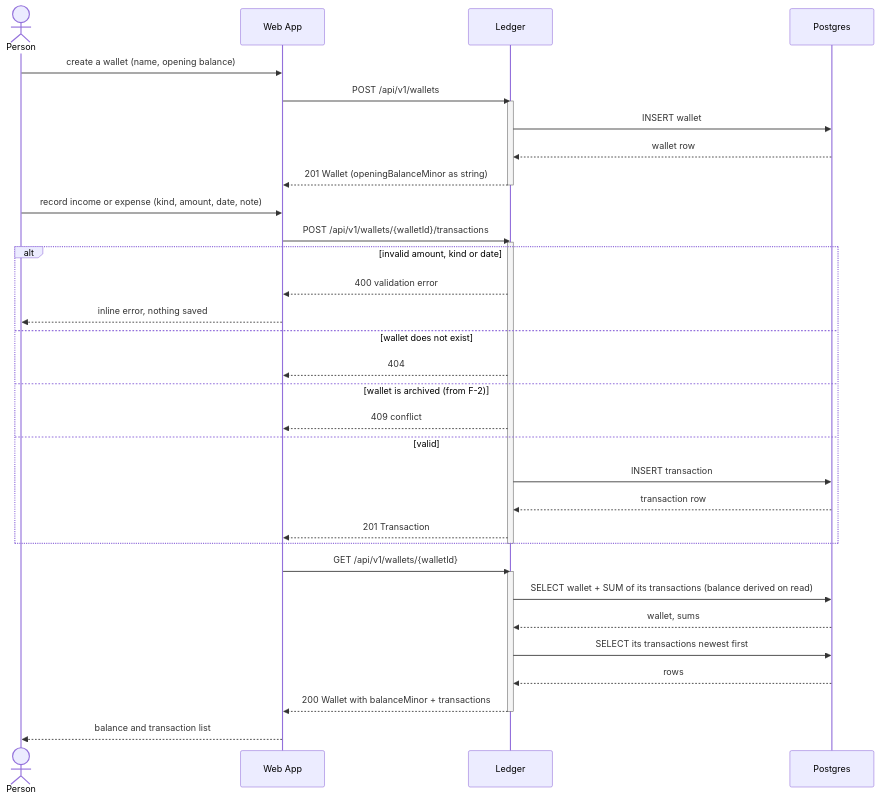
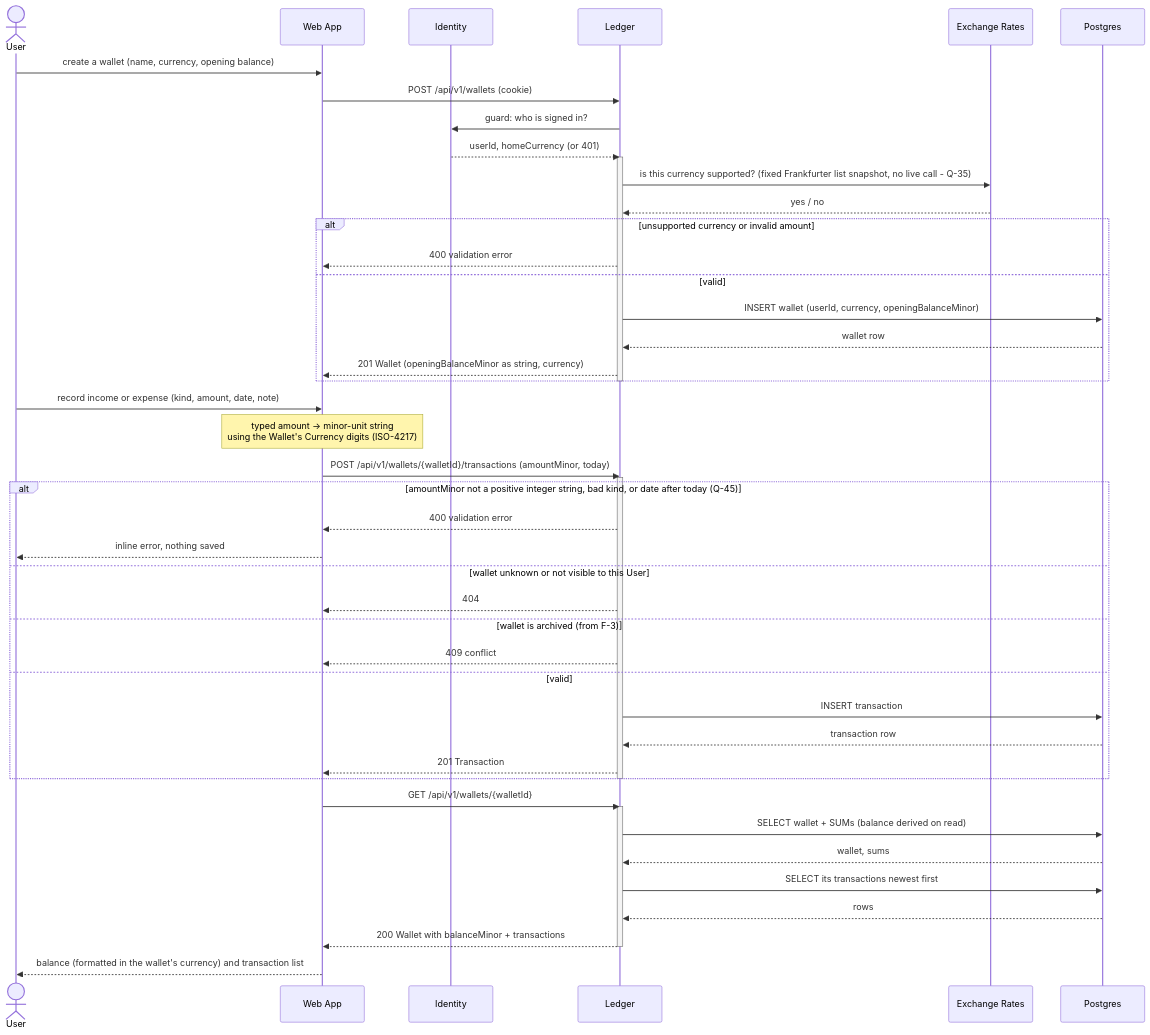
One commit to Thammasok/money-management changed the third of 6 diagrams in docs/sequence.md. Above: the diagram before and after it, drawn with Mermaid. The commit also changed other lines of this file and 6 other files, not shown here.

````diff
--- a/docs/sequence.md
+++ b/docs/sequence.md
@@ -11,42 +106,53 @@
 ```mermaid
 sequenceDiagram
-    actor P as Person
+    actor U as User
     participant W as Web App
+    participant I as Identity
     participant L as Ledger
+    participant R as Exchange Rates
     participant DB as Postgres
 
-    P->>W: create a wallet (name, opening balance)
-    W->>L: POST /api/v1/wallets
+    U->>W: create a wallet (name, currency, opening balance)
+    W->>L: POST /api/v1/wallets (cookie)
+    L->>I: guard: who is signed in?
+    I-->>L: userId, homeCurrency (or 401)
     activate L
-    L->>DB: INSERT wallet
-    DB-->>L: wallet row
-    L-->>W: 201 Wallet (openingBalanceMinor as string)
+    L->>R: is this currency supported? (fixed Frankfurter list snapshot, no live call - Q-35)
+    R-->>L: yes / no
+    alt unsupported currency or invalid amount
+        L-->>W: 400 validation error
+    else valid
+        L->>DB: INSERT wallet (userId, currency, openingBalanceMinor)
+        DB-->>L: wallet row
+        L-->>W: 201 Wallet (openingBalanceMinor as string, currency)
+    end
     deactivate L
 
-    P->>W: record income or expense (kind, amount, date, note)
-    W->>L: POST /api/v1/wallets/{walletId}/transactions
+    U->>W: record income or expense (kind, amount, date, note)
+    Note over W: typed amount -> minor-unit string<br/>using the Wallet's Currency digits (ISO-4217)
+    W->>L: POST /api/v1/wallets/{walletId}/transactions (amountMinor, today)
     activate L
-    alt invalid amount, kind or date
+    alt amountMinor not a positive integer string, bad kind, or date after today (Q-45)
         L-->>W: 400 validation error
-        W-->>P: inline error, nothing saved
-    else wallet does not exist
+        W-->>U: inline error, nothing saved
+    else wallet unknown or not visible to this User
         L-->>W: 404
-    else wallet is archived (from F-2)
+    else wallet is archived (from F-3)
         L-->>W: 409 conflict
     else valid
         L->>DB: INSERT transaction
         DB-->>L: transaction row
         L-->>W: 201 Transaction
     end
     deactivate L
 
     W->>L: GET /api/v1/wallets/{walletId}
     activate L
-    L->>DB: SELECT wallet + SUM of its transactions (balance derived on read)
+    L->>DB: SELECT wallet + SUMs (balance derived on read)
     DB-->>L: wallet, sums
     L->>DB: SELECT its transactions newest first
     DB-->>L: rows
     L-->>W: 200 Wallet with balanceMinor + transactions
     deactivate L
-    W-->>P: balance and transaction list
+    W-->>U: balance (formatted in the wallet's currency) and transaction list
 ```
````
